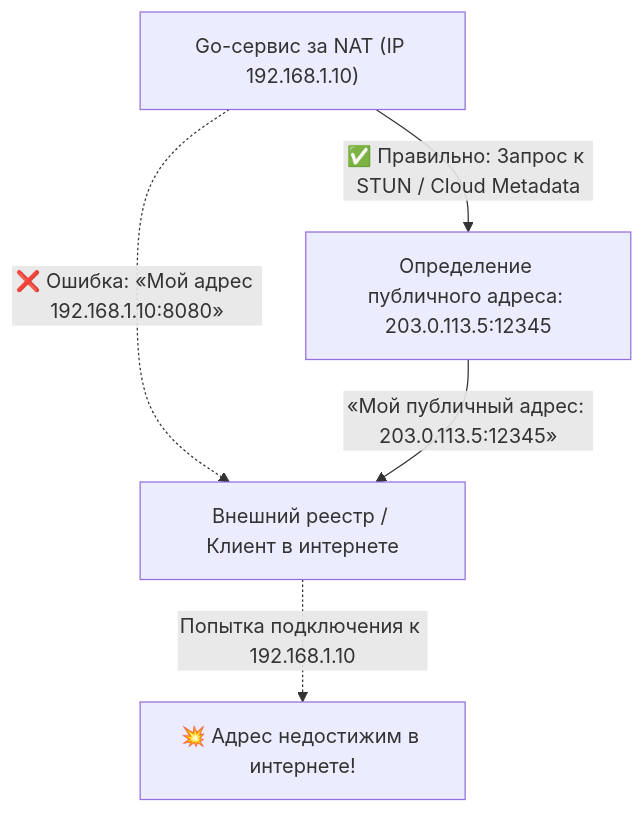
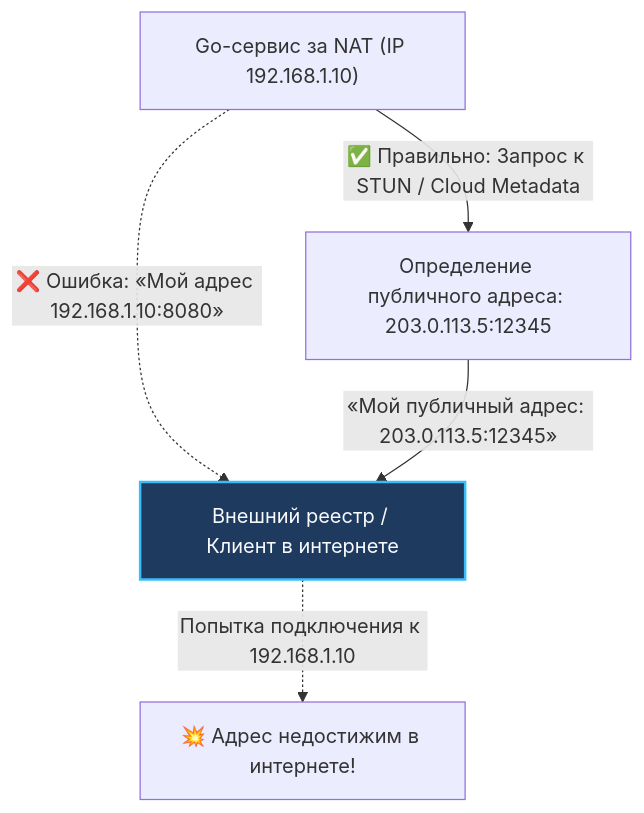
Before and after one commit to UnrealTemplier/go-textbook: the fourth of 6 diagrams in sources/3. Компьютерные сети и сетевой стек/8. NAT, PAT и почему приватные сети работают через один IP.md, drawn with Mermaid. The commit also changed other lines of this file and 1666 other files, not shown here.

First line of the commit message:
feat(mermaid): add semantic color classDef to 1369 colorless flowchart/graph diagrams

````diff
--- a/sources/3. Компьютерные сети и сетевой стек/8. NAT, PAT и почему приватные сети работают через один IP.md
+++ b/sources/3. Компьютерные сети и сетевой стек/8. NAT, PAT и почему приватные сети работают через один IP.md
@@ -159,11 +179,21 @@
 ```mermaid
 flowchart TD
+    classDef process  fill:#1e293b,stroke:#38bdf8,stroke-width:1px,color:#f8fafc
+    classDef success  fill:#064e3b,stroke:#34d399,stroke-width:1px,color:#f8fafc
+    classDef error    fill:#7f1d1d,stroke:#f87171,stroke-width:1px,color:#f8fafc
+    classDef warning  fill:#78350f,stroke:#fbbf24,stroke-width:1px,color:#f8fafc
+    classDef entry    fill:#1e3a5f,stroke:#38bdf8,stroke-width:2px,color:#f8fafc
+    classDef aux      fill:#334155,stroke:#64748b,stroke-width:1px,color:#f8fafc
+    classDef system   fill:#312e81,stroke:#a78bfa,stroke-width:1px,color:#f8fafc
+    classDef data     fill:#132d29,stroke:#2dd4bf,stroke-width:1px,color:#f8fafc
+    classDef network  fill:#881337,stroke:#fb7185,stroke-width:1px,color:#f8fafc
+    classDef accent   fill:#1e1b4b,stroke:#818cf8,stroke-width:1px,color:#f8fafc
     Service["Go-сервис за NAT (IP 192.168.1.10)"]
-    Registrar["Внешний реестр / Клиент в интернете"]
+    Registrar["Внешний реестр / Клиент в интернете"]:::entry
 
     Service -.->|❌ Ошибка: «Мой адрес 192.168.1.10:8080»| Registrar
     Registrar -.->|Попытка подключения к 192.168.1.10| BlackHole["💥 Адрес недостижим в интернете!"]
 
     Service -->|✅ Правильно: Запрос к STUN / Cloud Metadata| Discovered["Определение публичного адреса: 203.0.113.5:12345"]
     Discovered -->|«Мой публичный адрес: 203.0.113.5:12345»| Registrar
 ```
````
